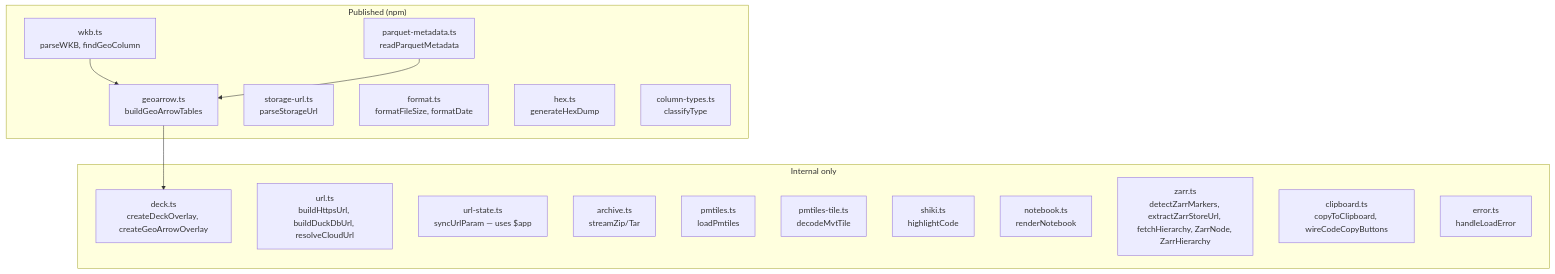
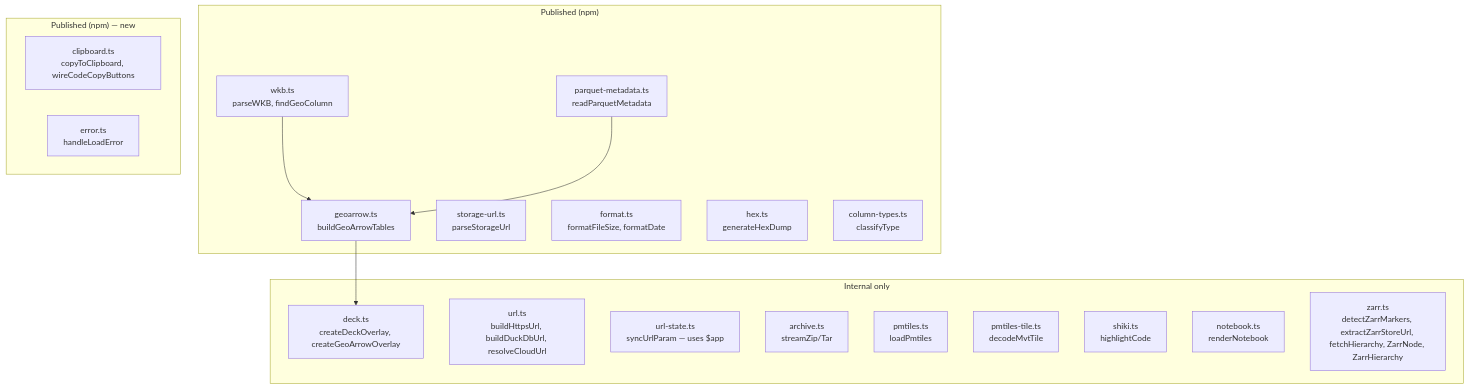
The diagram in src/lib/utils/CLAUDE.md (walkthru-earth/objex), drawn with Mermaid before and after one commit. The commit also changed other lines of this file and 17 other files, not shown here.

````diff
--- a/src/lib/utils/CLAUDE.md
+++ b/src/lib/utils/CLAUDE.md
@@ -6,28 +6,30 @@
 ```mermaid
 graph TD
     subgraph "Published (npm)"
         WKB[wkb.ts<br/>parseWKB, findGeoColumn]
         GA[geoarrow.ts<br/>buildGeoArrowTables]
         SU[storage-url.ts<br/>parseStorageUrl]
         PM[parquet-metadata.ts<br/>readParquetMetadata]
         FMT[format.ts<br/>formatFileSize, formatDate]
         HEX[hex.ts<br/>generateHexDump]
         CT[column-types.ts<br/>classifyType]
     end
     subgraph "Internal only"
         DECK[deck.ts<br/>createDeckOverlay, createGeoArrowOverlay]
         URL[url.ts<br/>buildHttpsUrl, buildDuckDbUrl, resolveCloudUrl]
         US[url-state.ts<br/>syncUrlParam — uses $app]
         ARC[archive.ts<br/>streamZip/Tar]
         PMT[pmtiles.ts<br/>loadPmtiles]
         PMTT[pmtiles-tile.ts<br/>decodeMvtTile]
         SHIKI[shiki.ts<br/>highlightCode]
         NB[notebook.ts<br/>renderNotebook]
         ZARR[zarr.ts<br/>detectZarrMarkers, extractZarrStoreUrl, fetchHierarchy, ZarrNode, ZarrHierarchy]
+    end
+    subgraph "Published (npm) — new"
         CB[clipboard.ts<br/>copyToClipboard, wireCodeCopyButtons]
         ERR[error.ts<br/>handleLoadError]
     end
     WKB --> GA
     PM --> GA
     GA --> DECK
 ```
````
